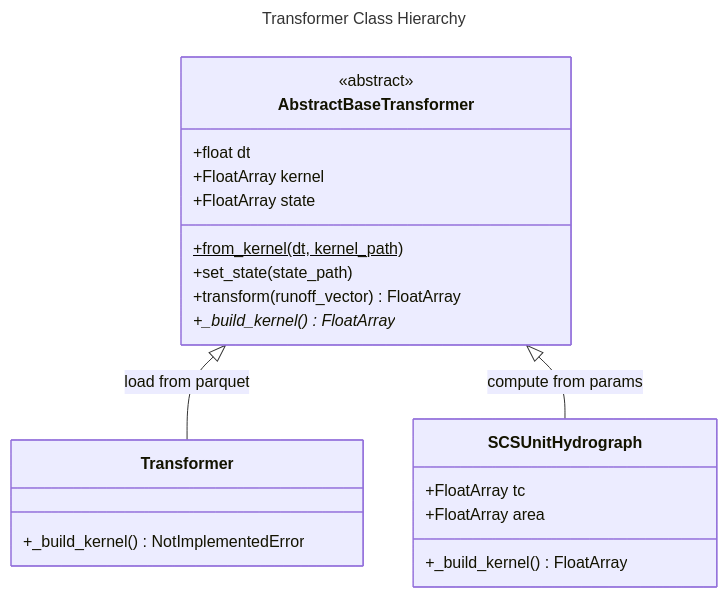
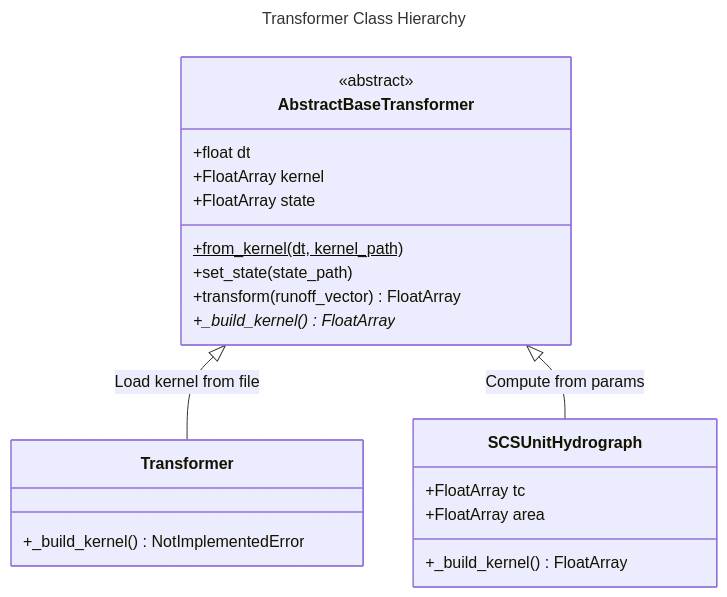
Before and after one commit to rileyhales/river-route: the third of 3 diagrams in docs/index.md, drawn with Mermaid. The commit also changed other lines of this file and 15 other files, not shown here.

````diff
--- a/docs/index.md
+++ b/docs/index.md
@@ -108,26 +108,26 @@
 ```mermaid
 ---
 title: Transformer Class Hierarchy
 ---
 classDiagram
     class AbstractBaseTransformer {
         <<abstract>>
         +float dt
         +FloatArray kernel
         +FloatArray state
         +from_kernel(dt, kernel_path)$
         +set_state(state_path)
         +transform(runoff_vector) FloatArray
         +_build_kernel()* FloatArray
     }
     class Transformer {
         +_build_kernel() NotImplementedError
     }
     class SCSUnitHydrograph {
         +FloatArray tc
         +FloatArray area
         +_build_kernel() FloatArray
     }
-    AbstractBaseTransformer <|-- Transformer : load from parquet
-    AbstractBaseTransformer <|-- SCSUnitHydrograph : compute from params
+    AbstractBaseTransformer <|-- Transformer : Load kernel from file
+    AbstractBaseTransformer <|-- SCSUnitHydrograph : Compute from params
 ```
````
